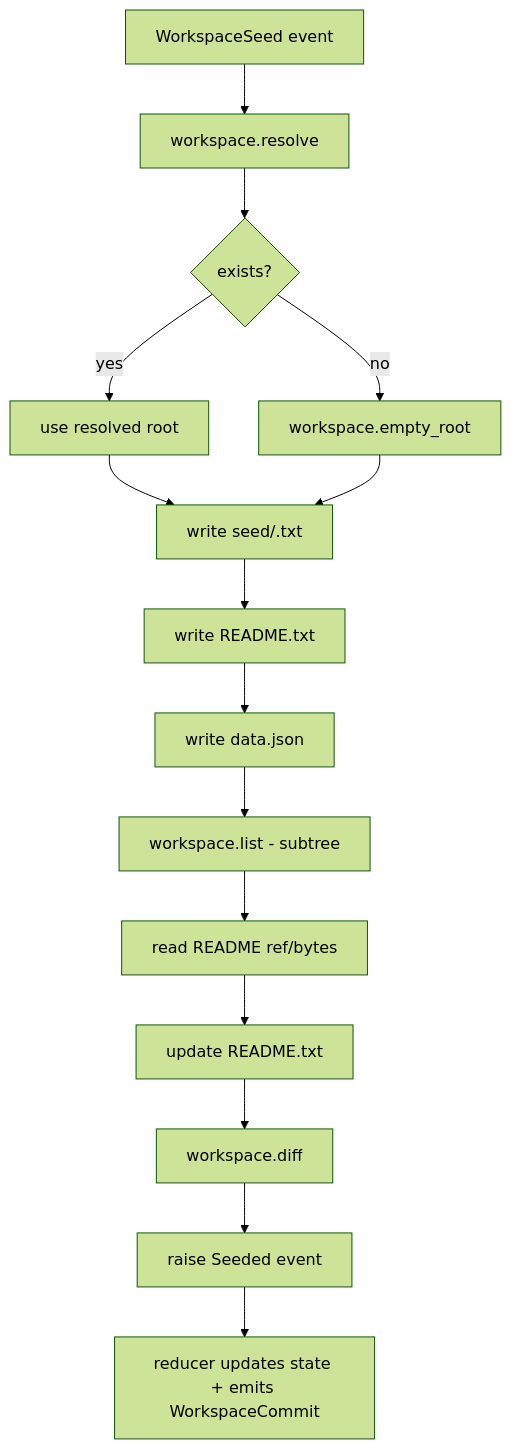
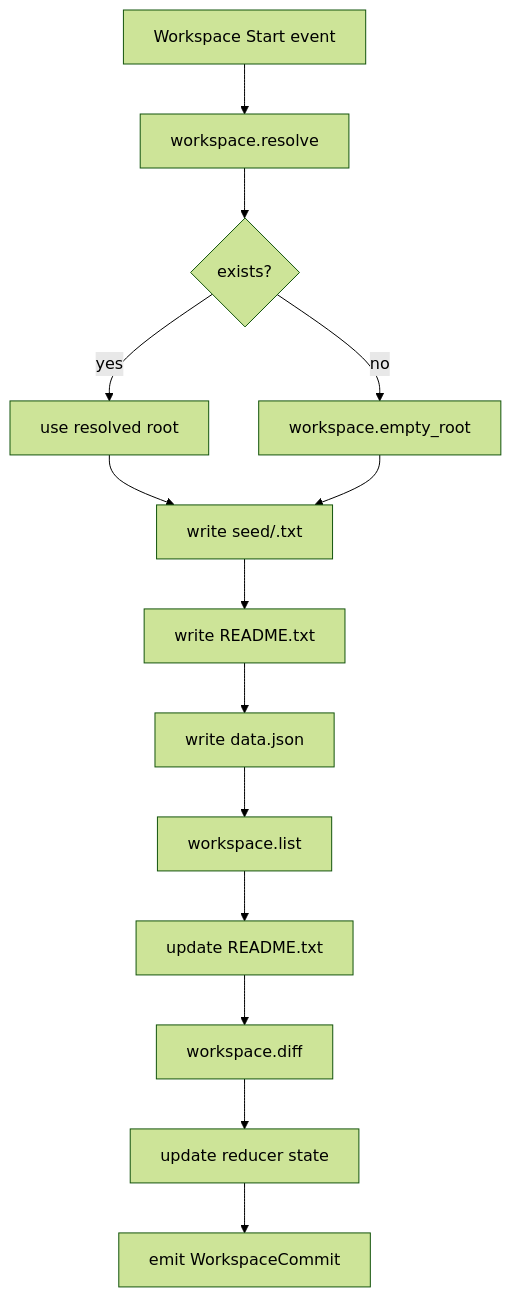
The diagram in crates/aos-smoke/fixtures/09-workspaces/README.md (smartcomputer-ai/agent-os), drawn with Mermaid (forest theme) before and after one commit. The commit also changed other lines of this file and 10 other files, not shown here.

````diff
--- a/crates/aos-smoke/fixtures/09-workspaces/README.md
+++ b/crates/aos-smoke/fixtures/09-workspaces/README.md
@@ -7,17 +8,16 @@
 ```mermaid
 flowchart TD
-  A[WorkspaceSeed event] --> B[workspace.resolve]
+  A[Workspace Start event] --> B[workspace.resolve]
   B --> C{exists?}
   C -->|yes| D[use resolved root]
   C -->|no| E[workspace.empty_root]
   D --> F[write seed/<workspace>.txt]
   E --> F
   F --> G[write README.txt]
   G --> H[write data.json]
-  H --> I[workspace.list - subtree]
-  I --> J[read README ref/bytes]
-  J --> K[update README.txt]
-  K --> L[workspace.diff]
-  L --> M[raise Seeded event]
-  M --> N[reducer updates state + emits WorkspaceCommit]
+  H --> I[workspace.list]
+  I --> J[update README.txt]
+  J --> K[workspace.diff]
+  K --> L[update reducer state]
+  L --> M[emit WorkspaceCommit]
 ```
````
